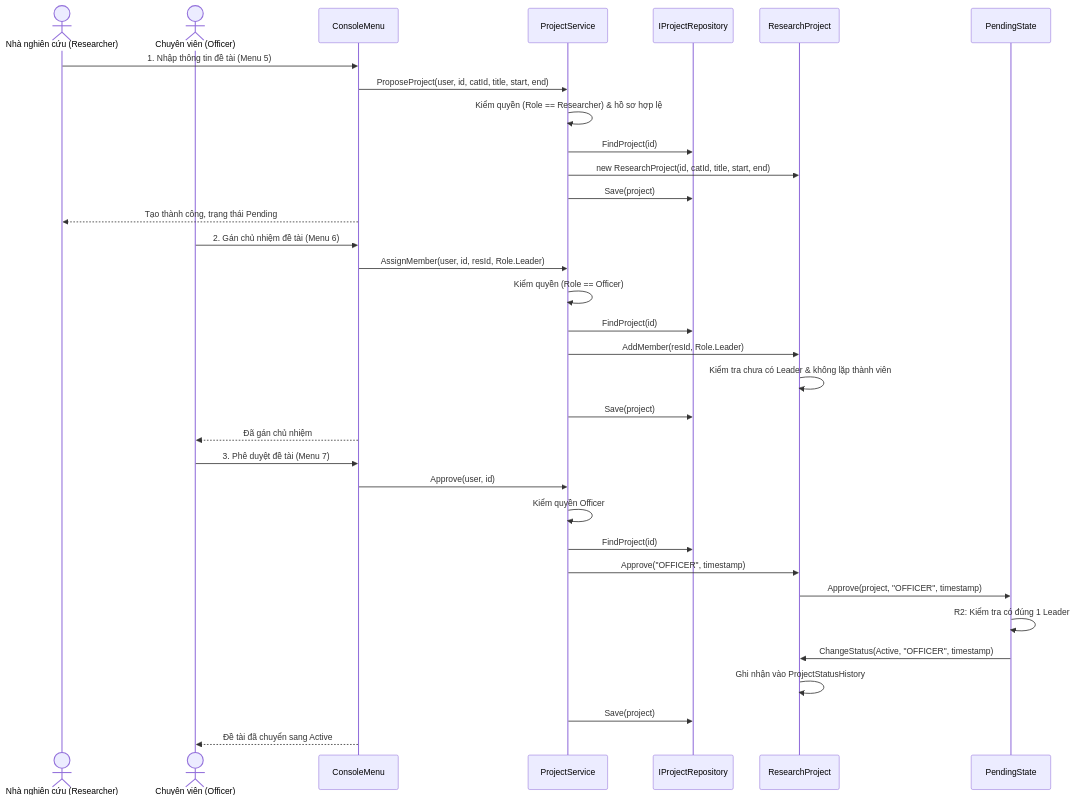
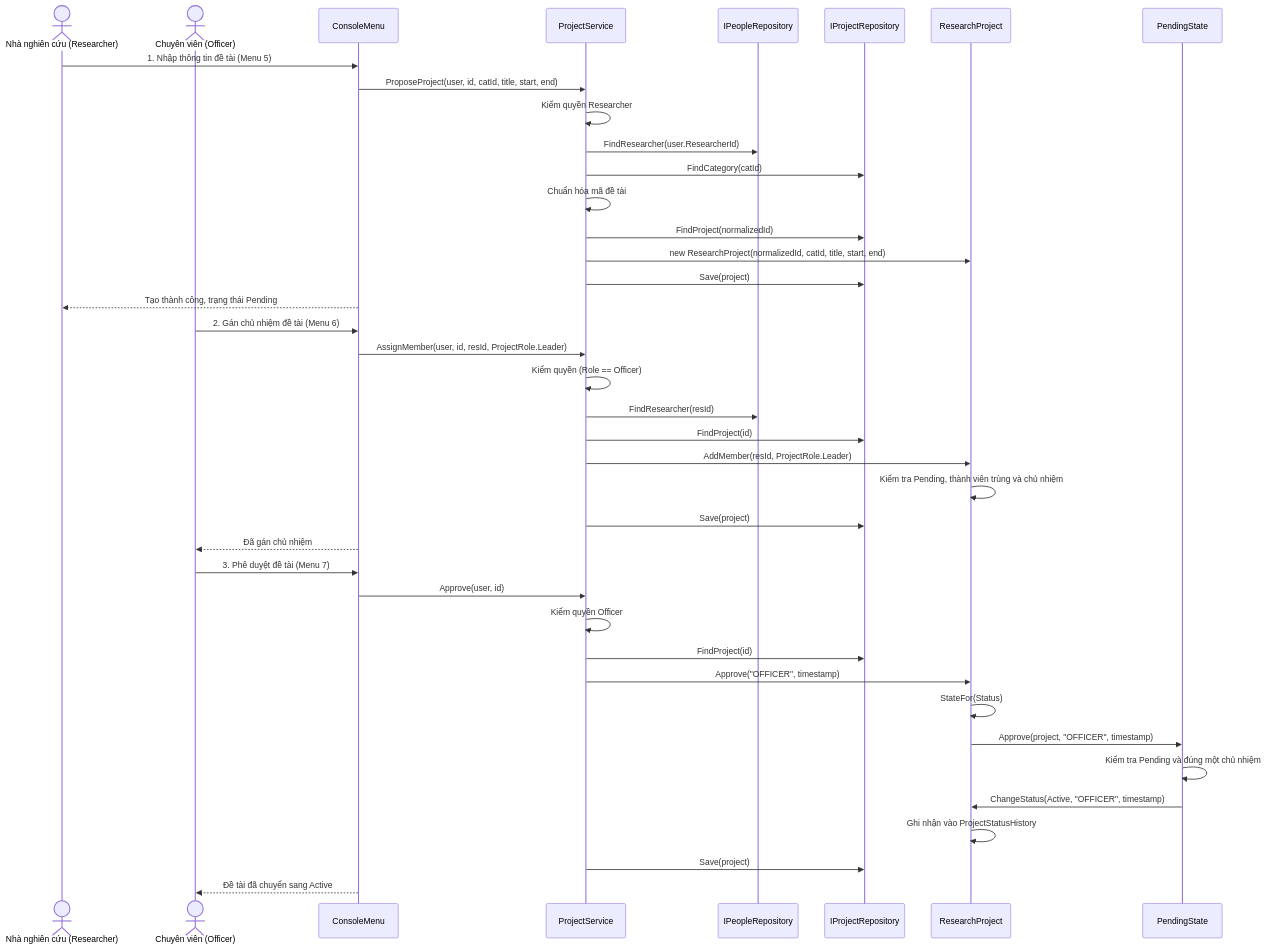
Before and after one commit to PKT-zZ/QLNCKH_OOP_FINAL: the seventh of 10 diagrams in docs/uml.md, drawn with Mermaid. The commit also changed other lines of this file and 9 other files, not shown here.

````diff
--- a/docs/uml.md
+++ b/docs/uml.md
@@ -566,42 +554,48 @@
 ```mermaid
 sequenceDiagram
     actor NNC as Nhà nghiên cứu (Researcher)
     actor CV as Chuyên viên (Officer)
     participant UI as ConsoleMenu
     participant PS as ProjectService
+    participant People as IPeopleRepository
     participant Repo as IProjectRepository
     participant P as ResearchProject
     participant State as PendingState
 
     %% UC02: Đề xuất
     NNC->>UI: 1. Nhập thông tin đề tài (Menu 5)
     UI->>PS: ProposeProject(user, id, catId, title, start, end)
-    PS->>PS: Kiểm quyền (Role == Researcher) & hồ sơ hợp lệ
-    PS->>Repo: FindProject(id)
-    PS->>P: new ResearchProject(id, catId, title, start, end)
+    PS->>PS: Kiểm quyền Researcher
+    PS->>People: FindResearcher(user.ResearcherId)
+    PS->>Repo: FindCategory(catId)
+    PS->>PS: Chuẩn hóa mã đề tài
+    PS->>Repo: FindProject(normalizedId)
+    PS->>P: new ResearchProject(normalizedId, catId, title, start, end)
     PS->>Repo: Save(project)
     UI-->>NNC: Tạo thành công, trạng thái Pending
 
     %% UC03: Gán chủ nhiệm
     CV->>UI: 2. Gán chủ nhiệm đề tài (Menu 6)
-    UI->>PS: AssignMember(user, id, resId, Role.Leader)
+    UI->>PS: AssignMember(user, id, resId, ProjectRole.Leader)
     PS->>PS: Kiểm quyền (Role == Officer)
+    PS->>People: FindResearcher(resId)
     PS->>Repo: FindProject(id)
-    PS->>P: AddMember(resId, Role.Leader)
-    P->>P: Kiểm tra chưa có Leader & không lặp thành viên
+    PS->>P: AddMember(resId, ProjectRole.Leader)
+    P->>P: Kiểm tra Pending, thành viên trùng và chủ nhiệm
     PS->>Repo: Save(project)
     UI-->>CV: Đã gán chủ nhiệm
 
     %% UC03: Phê duyệt
     CV->>UI: 3. Phê duyệt đề tài (Menu 7)
     UI->>PS: Approve(user, id)
     PS->>PS: Kiểm quyền Officer
     PS->>Repo: FindProject(id)
     PS->>P: Approve("OFFICER", timestamp)
+    P->>P: StateFor(Status)
     P->>State: Approve(project, "OFFICER", timestamp)
-    State->>State: R2: Kiểm tra có đúng 1 Leader
+    State->>State: Kiểm tra Pending và đúng một chủ nhiệm
     State->>P: ChangeStatus(Active, "OFFICER", timestamp)
     P->>P: Ghi nhận vào ProjectStatusHistory
     PS->>Repo: Save(project)
     UI-->>CV: Đề tài đã chuyển sang Active
 ```
````
